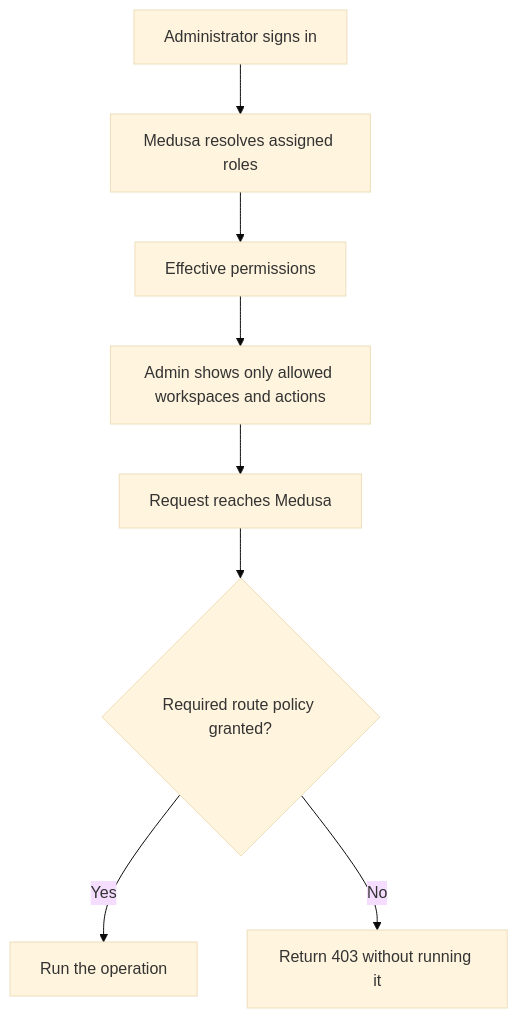
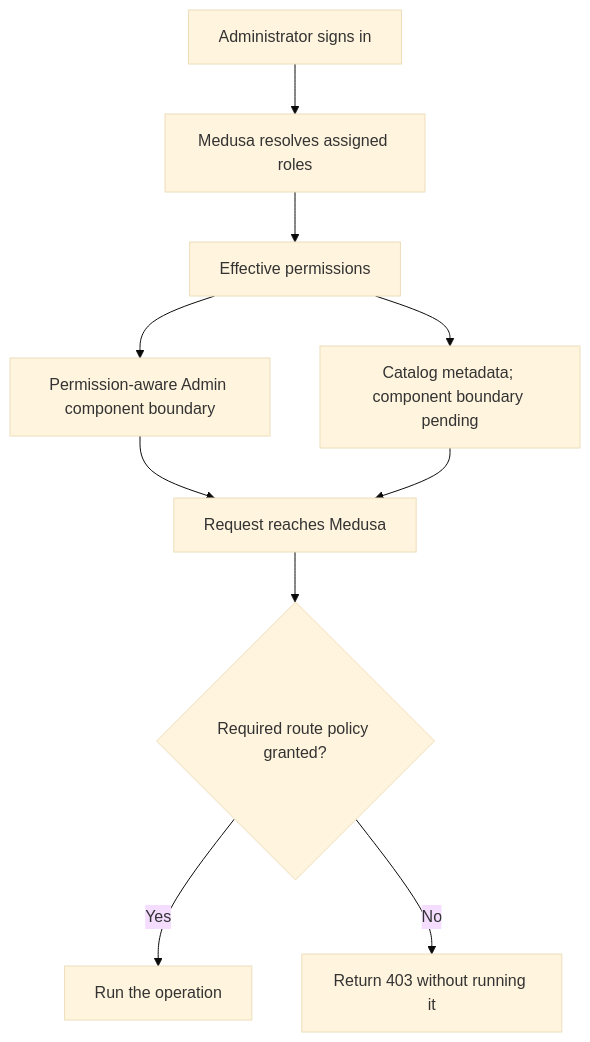
One commit to traweezy/remorseless-records changed the second of 4 diagrams in README.md. Above: the diagram before and after it, drawn with Mermaid (base theme). The commit also changed other lines of this file and 20 other files, not shown here.

````diff
--- a/README.md
+++ b/README.md
@@ -197,10 +215,12 @@
 ```mermaid
 flowchart TD
   Login[Administrator signs in] --> Roles[Medusa resolves assigned roles]
   Roles --> Permission[Effective permissions]
-  Permission --> UI[Admin shows only allowed workspaces and actions]
+  Permission --> UI[Permission-aware Admin component boundary]
+  Permission --> Catalog[Catalog metadata; component boundary pending]
   UI --> API[Request reaches Medusa]
+  Catalog --> API
   API --> Check{Required route policy granted?}
   Check -- Yes --> Handler[Run the operation]
   Check -- No --> Deny[Return 403 without running it]
 ```
````
